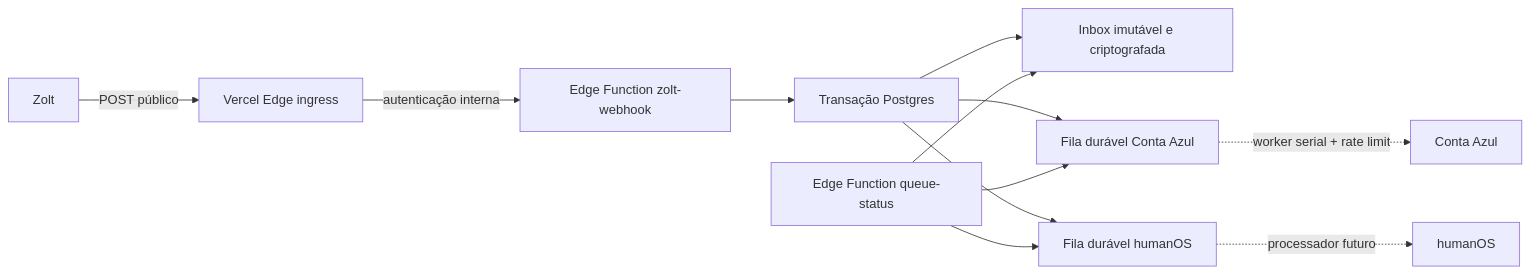
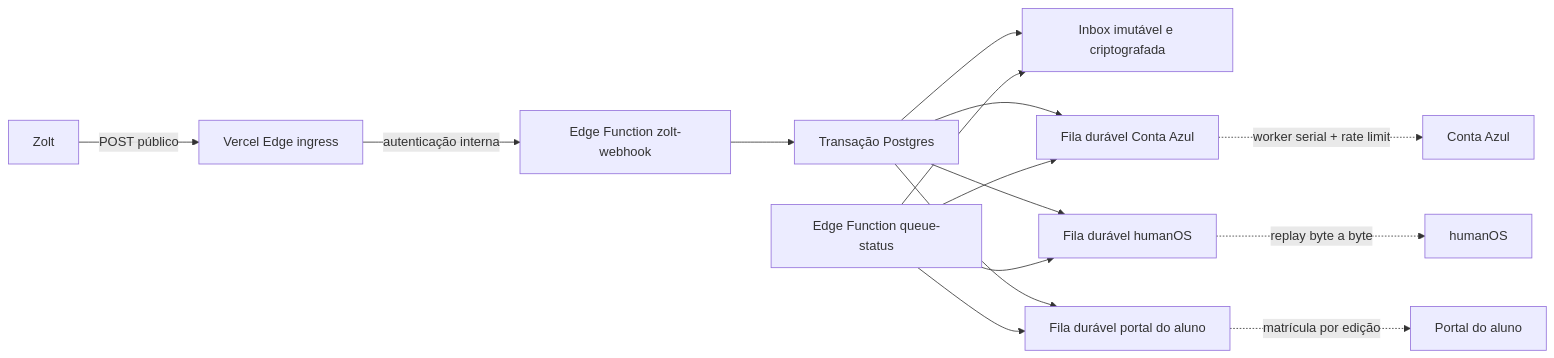
Before and after one commit to humanstudioacademy/sales-middleware: the diagram in README.md, drawn with Mermaid. The commit also changed other lines of this file and 8 other files, not shown here.

````diff
--- a/README.md
+++ b/README.md
@@ -51,14 +52,17 @@
 ```mermaid
 flowchart LR
   Z["Zolt"] -->|"POST público"| V["Vercel Edge ingress"]
   V -->|"autenticação interna"| E["Edge Function zolt-webhook"]
   E --> T["Transação Postgres"]
   T --> I["Inbox imutável e criptografada"]
   T --> C["Fila durável Conta Azul"]
   T --> H["Fila durável humanOS"]
+  T --> P["Fila durável portal do aluno"]
   C -.->|"worker serial + rate limit"| CA["Conta Azul"]
-  H -.->|"processador futuro"| HO["humanOS"]
+  H -.->|"replay byte a byte"| HO["humanOS"]
+  P -.->|"matrícula por edição"| PA["Portal do aluno"]
   S["Edge Function queue-status"] --> I
   S --> C
   S --> H
+  S --> P
 ```
````
